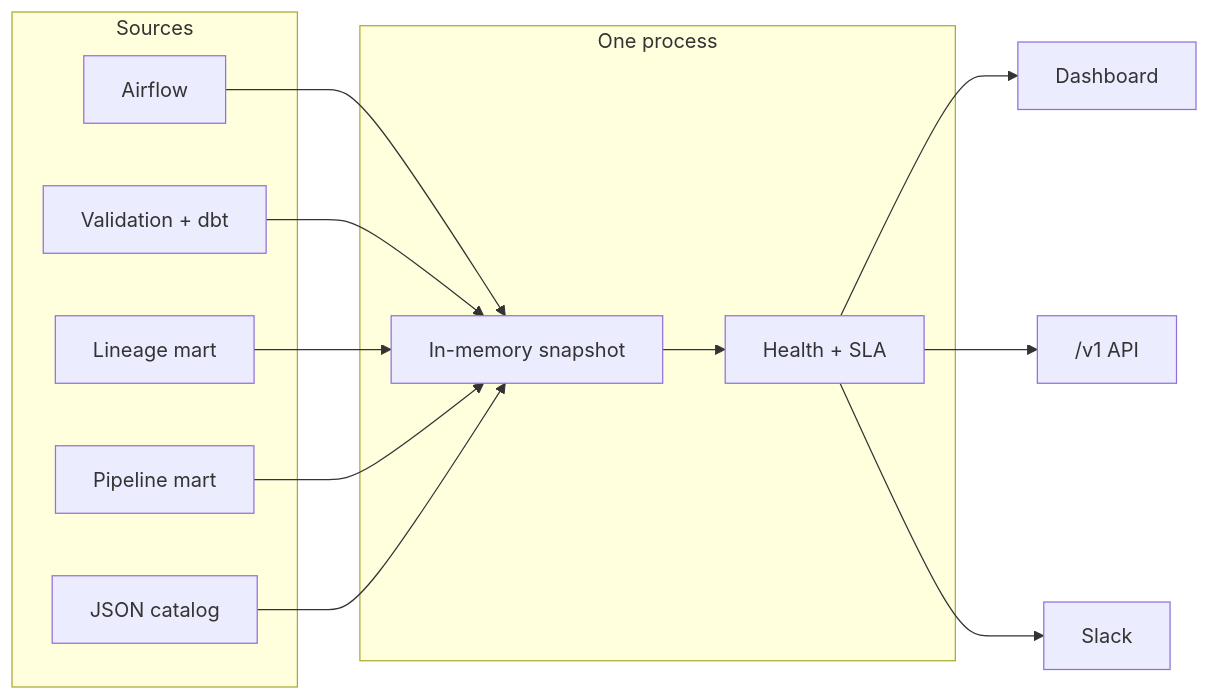
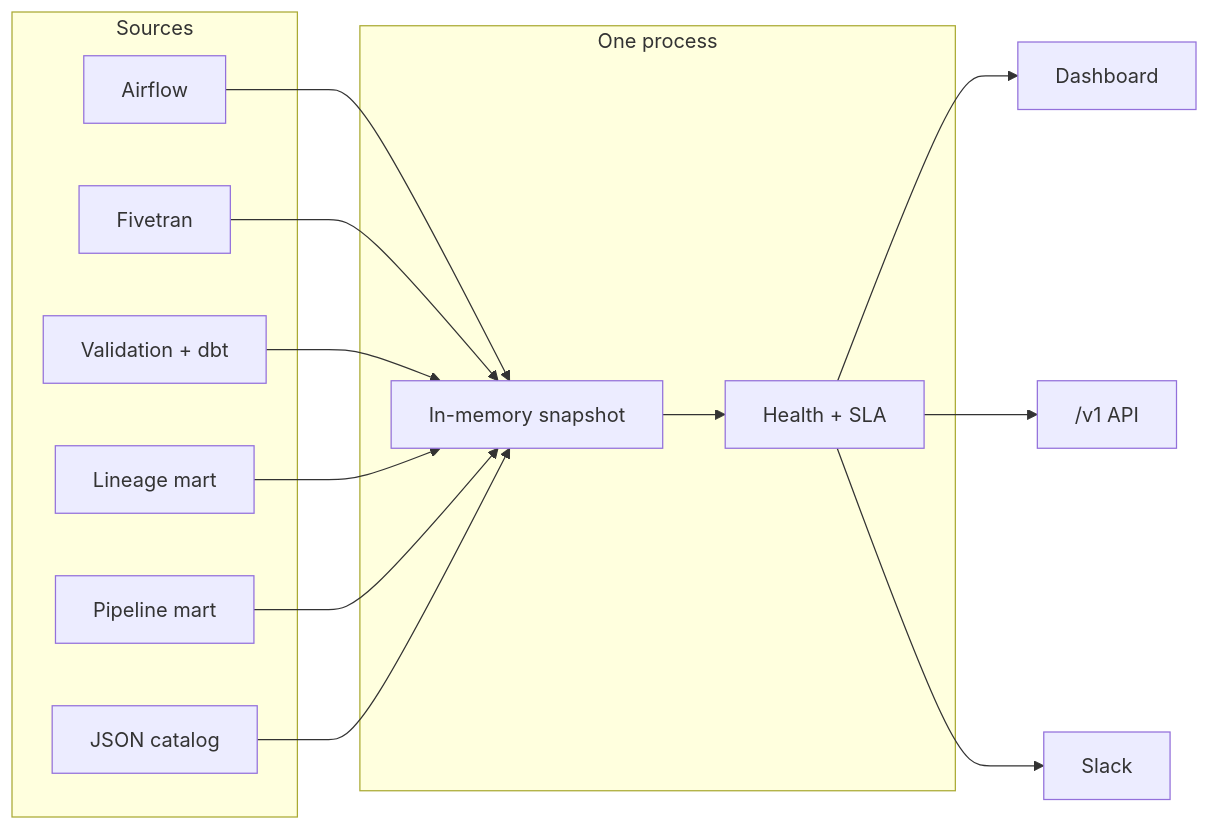
Before and after one commit to redhat-data-and-ai/inorbit: the diagram in README.md, drawn with Mermaid. The commit also changed other lines of this file, not shown here.

First line of the commit message:
docs: describe Fivetran matching and gitignored API credentials.

````diff
--- a/README.md
+++ b/README.md
@@ -7,23 +7,25 @@
 ```mermaid
 flowchart LR
   subgraph sources [Sources]
     AF[Airflow]
+    FT[Fivetran]
     Q[Validation + dbt]
     L[Lineage mart]
     P[Pipeline mart]
     C[JSON catalog]
   end
   subgraph inorbit [One process]
     S[In-memory snapshot]
     E[Health + SLA]
   end
   AF --> S
+  FT --> S
   Q --> S
   L --> S
   P --> S
   C --> S
   S --> E
   E --> UI[Dashboard]
   E --> API["/v1 API"]
   E --> SL[Slack]
 ```
````
